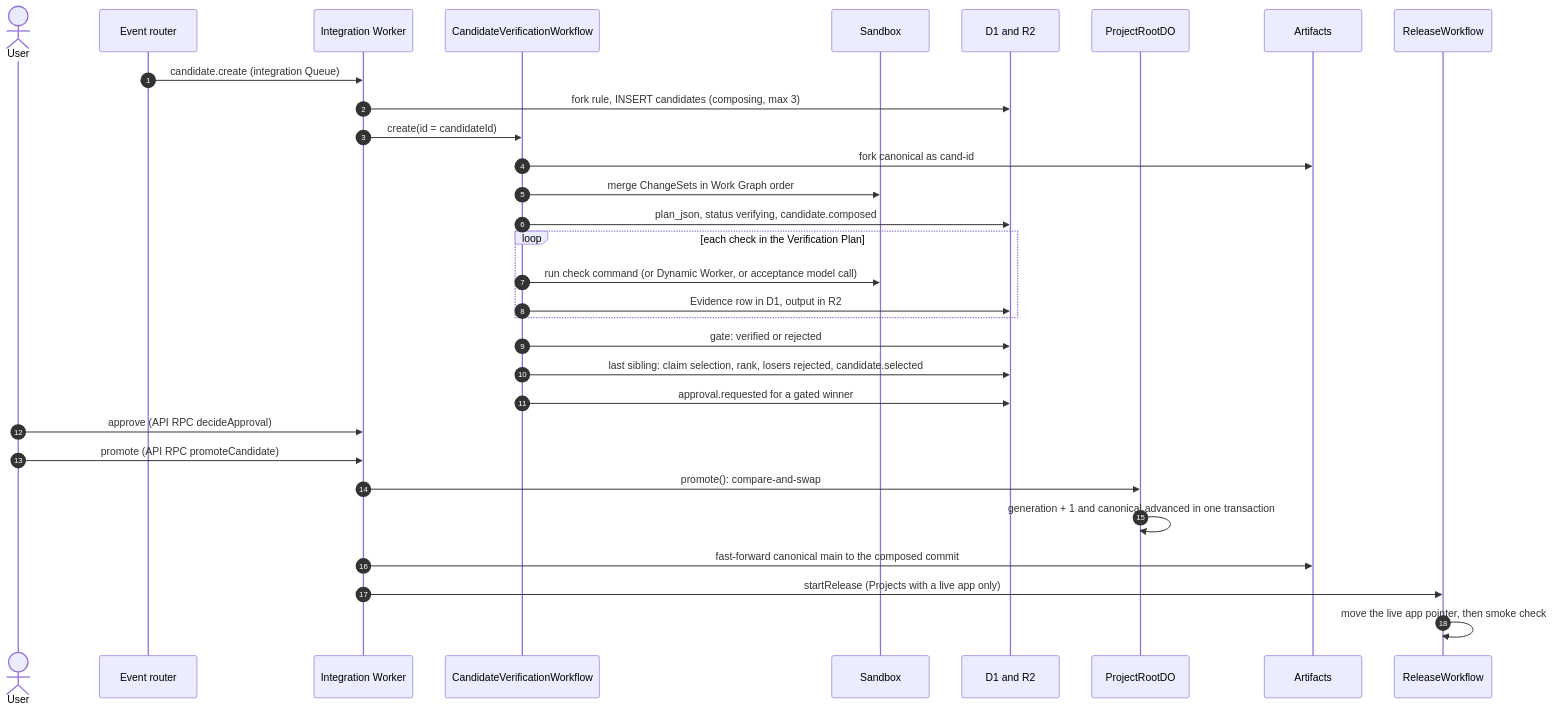
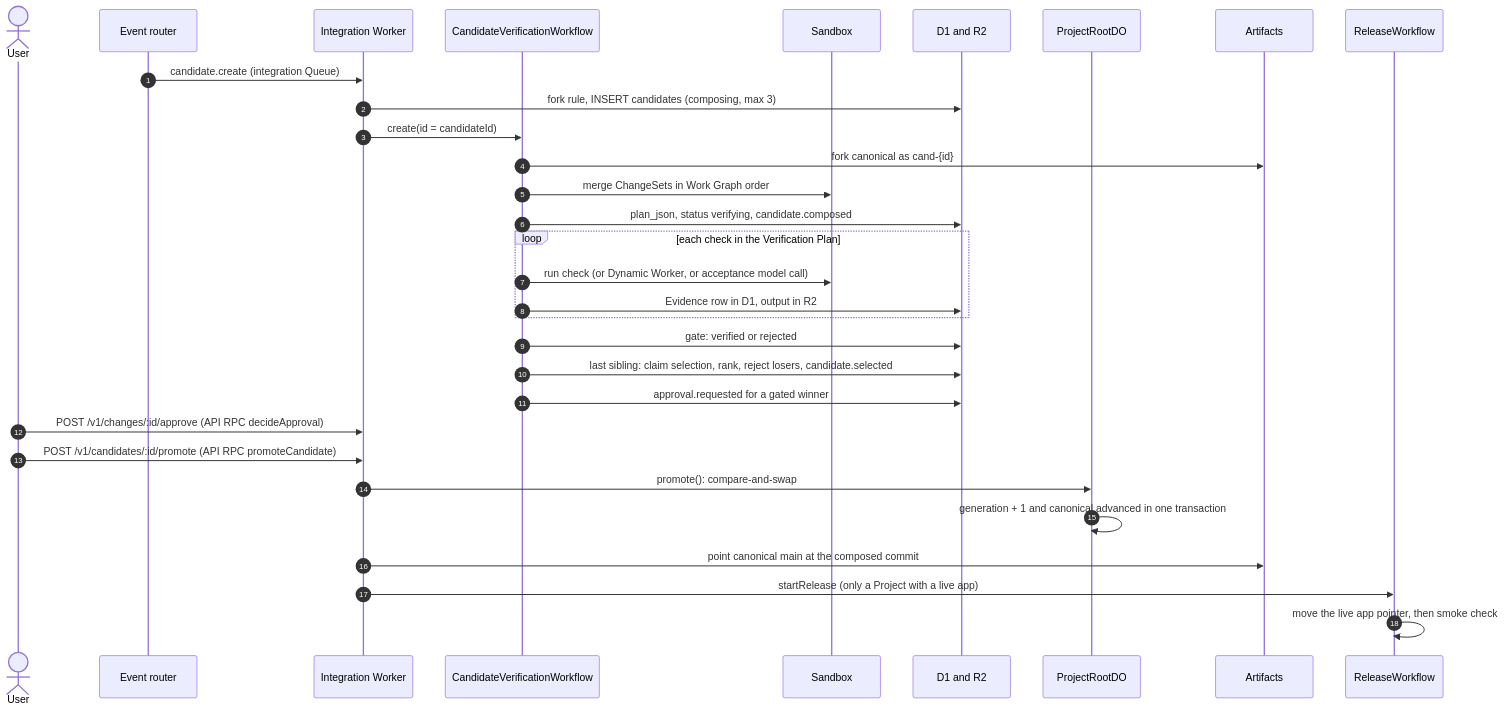
One commit to nsudhanva/rhumbatron changed the third of 7 diagrams in docs/architecture/change-lifecycle.md. Above: the diagram before and after it, drawn with Mermaid. The commit also changed other lines of this file and 47 other files, not shown here.

````diff
--- a/docs/architecture/change-lifecycle.md
+++ b/docs/architecture/change-lifecycle.md
@@ -127,34 +130,34 @@
 ```mermaid
 sequenceDiagram
   autonumber
   actor User
   participant ER as Event router
   participant INT as Integration Worker
   participant VW as CandidateVerificationWorkflow
   participant SBX as Sandbox
   participant D1 as D1 and R2
   participant Root as ProjectRootDO
   participant Art as Artifacts
   participant RW as ReleaseWorkflow
 
   ER->>INT: candidate.create (integration Queue)
   INT->>D1: fork rule, INSERT candidates (composing, max 3)
   INT->>VW: create(id = candidateId)
-  VW->>Art: fork canonical as cand-id
+  VW->>Art: fork canonical as cand-{id}
   VW->>SBX: merge ChangeSets in Work Graph order
   VW->>D1: plan_json, status verifying, candidate.composed
   loop each check in the Verification Plan
-    VW->>SBX: run check command (or Dynamic Worker, or acceptance model call)
+    VW->>SBX: run check (or Dynamic Worker, or acceptance model call)
     VW->>D1: Evidence row in D1, output in R2
   end
   VW->>D1: gate: verified or rejected
-  VW->>D1: last sibling: claim selection, rank, losers rejected, candidate.selected
+  VW->>D1: last sibling: claim selection, rank, reject losers, candidate.selected
   VW->>D1: approval.requested for a gated winner
-  User->>INT: approve (API RPC decideApproval)
-  User->>INT: promote (API RPC promoteCandidate)
+  User->>INT: POST /v1/changes/:id/approve (API RPC decideApproval)
+  User->>INT: POST /v1/candidates/:id/promote (API RPC promoteCandidate)
   INT->>Root: promote(): compare-and-swap
   Root->>Root: generation + 1 and canonical.advanced in one transaction
-  INT->>Art: fast-forward canonical main to the composed commit
-  INT->>RW: startRelease (Projects with a live app only)
+  INT->>Art: point canonical main at the composed commit
+  INT->>RW: startRelease (only a Project with a live app)
   RW->>RW: move the live app pointer, then smoke check
 ```
````
